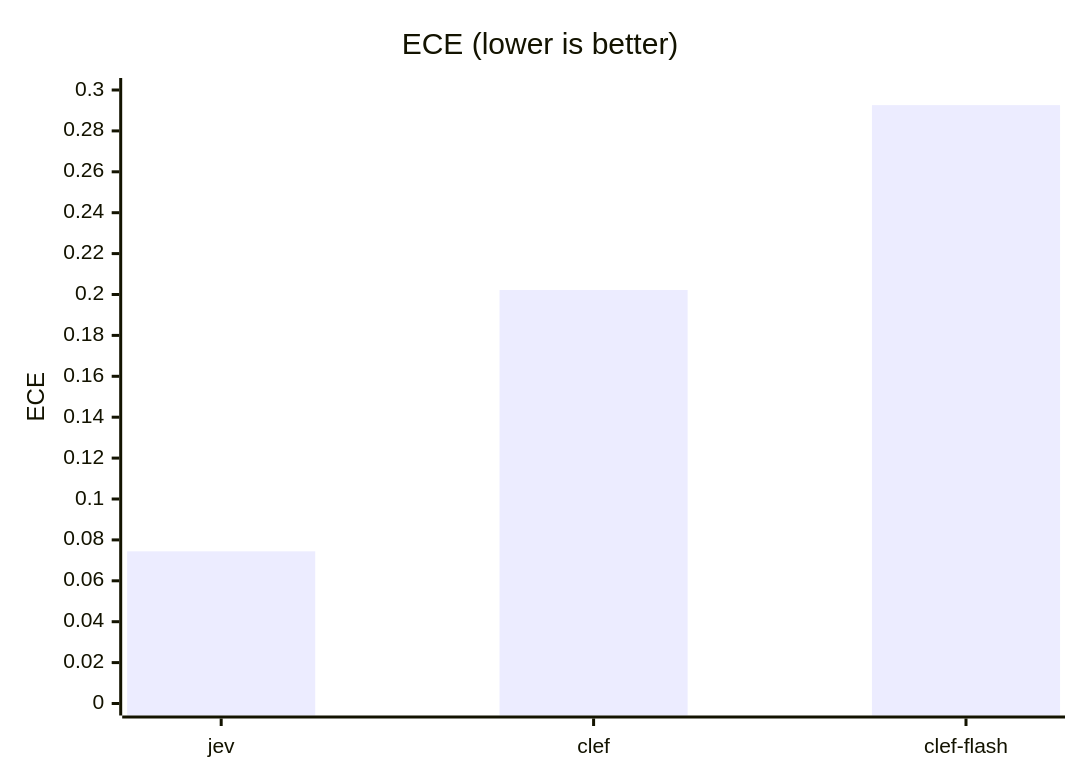
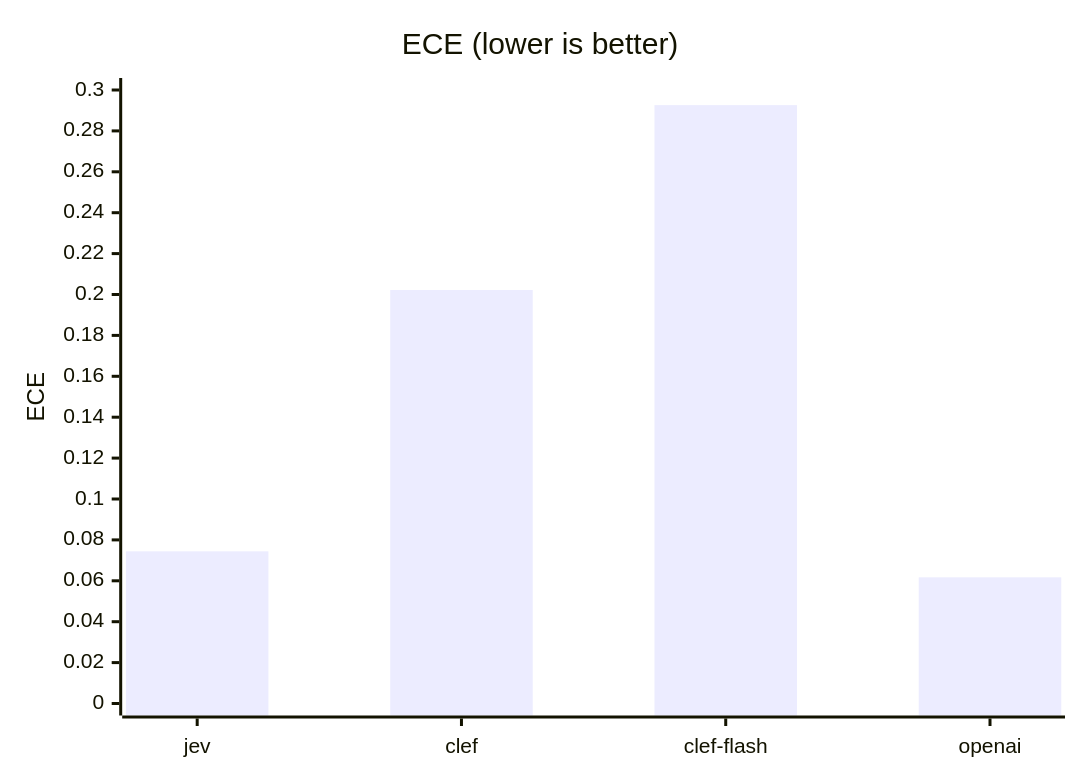
Before and after one commit to mantaroh/jev-vs-openai-dicision-api: the second of 4 diagrams in README.md, drawn with Mermaid. The commit also changed other lines of this file and 3 other files, not shown here.

````diff
--- a/README.md
+++ b/README.md
@@ -71,7 +73,7 @@
 ```mermaid
 xychart-beta
     title "ECE (lower is better)"
-    x-axis ["jev", "clef", "clef-flash"]
+    x-axis ["jev", "clef", "clef-flash", "openai"]
     y-axis "ECE" 0 --> 0.3
-    bar [0.0744, 0.2022, 0.2926]
+    bar [0.0744, 0.2022, 0.2926, 0.0617]
 ```
````
